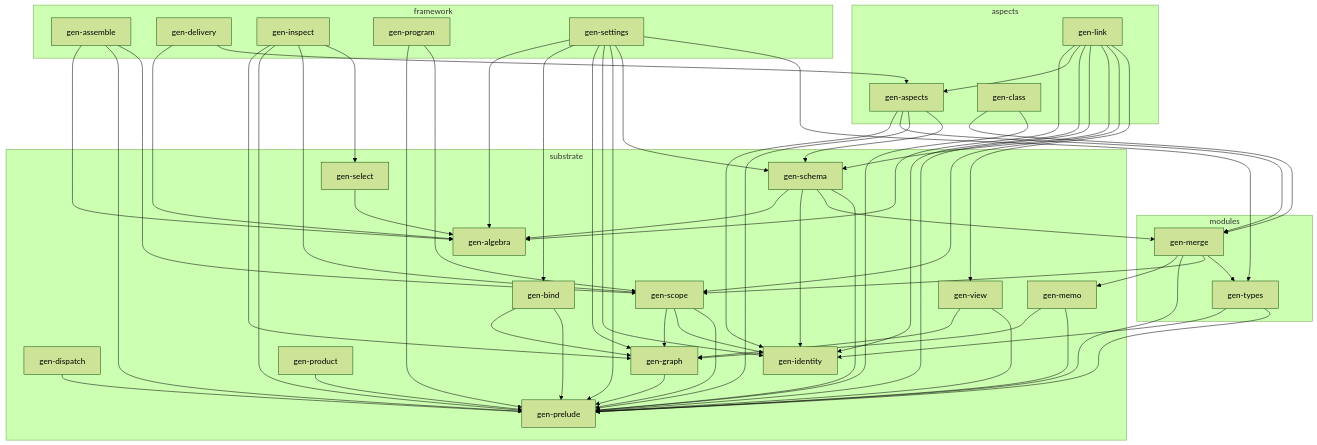
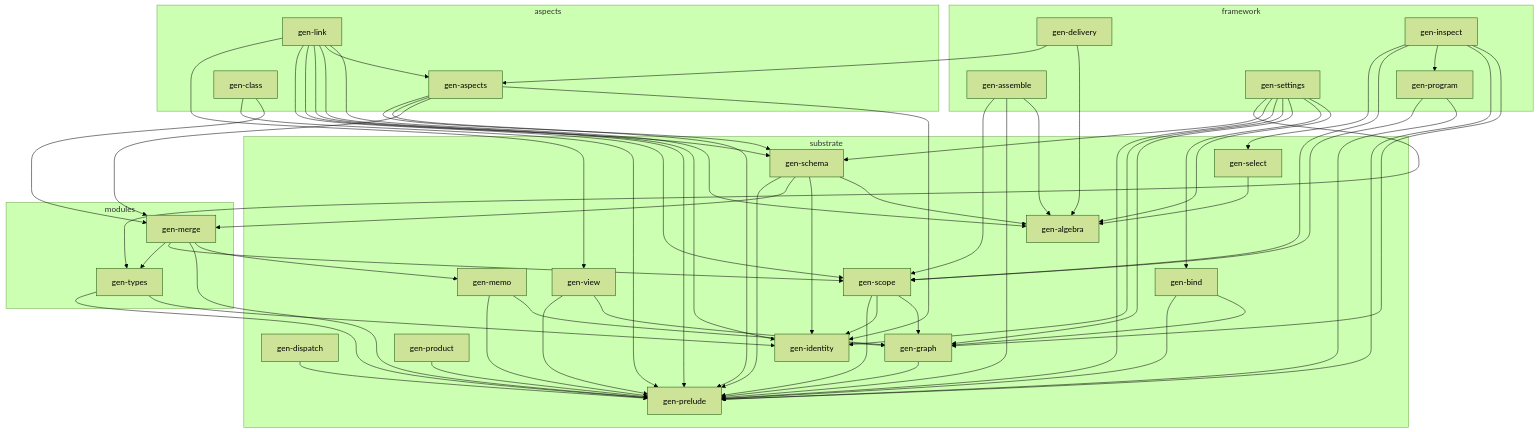
The first of 4 diagrams in ARCHITECTURE.md (sini/gen), drawn with Mermaid (forest theme) before and after one commit. The commit also changed 9 other files, not shown here.

First line of the commit message:
relock: gen-inspect gate 2 fold, gen-scope surface re-pin, signature docs

```diff
--- a/ARCHITECTURE.md
+++ b/ARCHITECTURE.md
@@ -87,6 +87,7 @@
   gen_graph --> gen_prelude
   gen_inspect --> gen_graph
   gen_inspect --> gen_prelude
+  gen_inspect --> gen_program
   gen_inspect --> gen_scope
   gen_inspect --> gen_select
   gen_link --> gen_algebra
```
